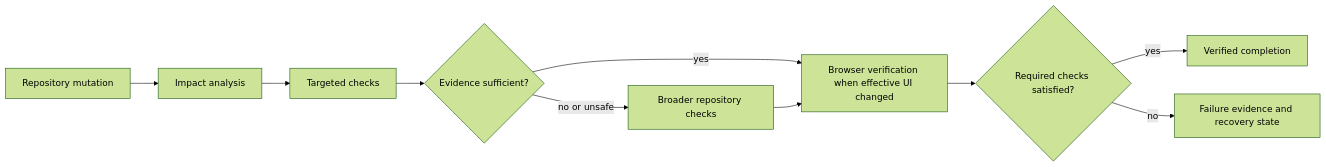
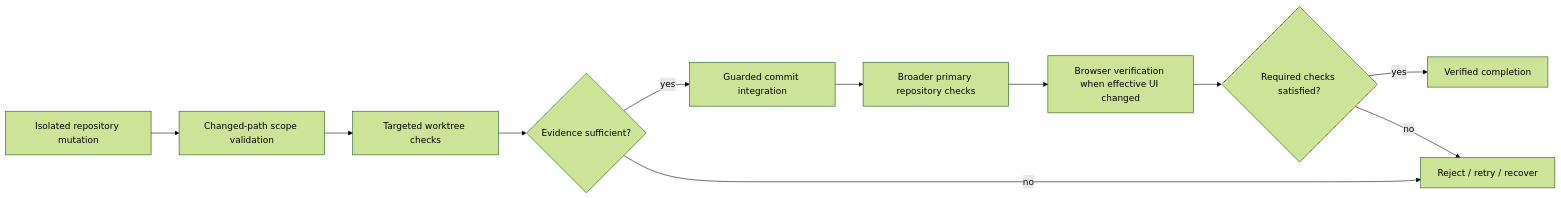
The fourth of 5 diagrams in docs/ARCHITECTURE.md (benclawbot/Medusa), drawn with Mermaid (forest theme) before and after one commit. The commit also changed other lines of this file and 23 other files, not shown here.

````diff
--- a/docs/ARCHITECTURE.md
+++ b/docs/ARCHITECTURE.md
@@ -98,12 +108,13 @@
 ```mermaid
 flowchart LR
-    M[Repository mutation] --> I[Impact analysis]
-    I --> T[Targeted checks]
+    M[Isolated repository mutation] --> I[Changed-path scope validation]
+    I --> T[Targeted worktree checks]
     T --> F{Evidence sufficient?}
-    F -->|yes| B[Browser verification when effective UI changed]
-    F -->|no or unsafe| W[Broader repository checks]
-    W --> B
+    F -->|yes| C[Guarded commit integration]
+    F -->|no| R[Reject / retry / recover]
+    C --> W[Broader primary repository checks]
+    W --> B[Browser verification when effective UI changed]
     B --> G{Required checks satisfied?}
-    G -->|yes| C[Verified completion]
-    G -->|no| R[Failure evidence and recovery state]
+    G -->|yes| V[Verified completion]
+    G -->|no| R
 ```
````
